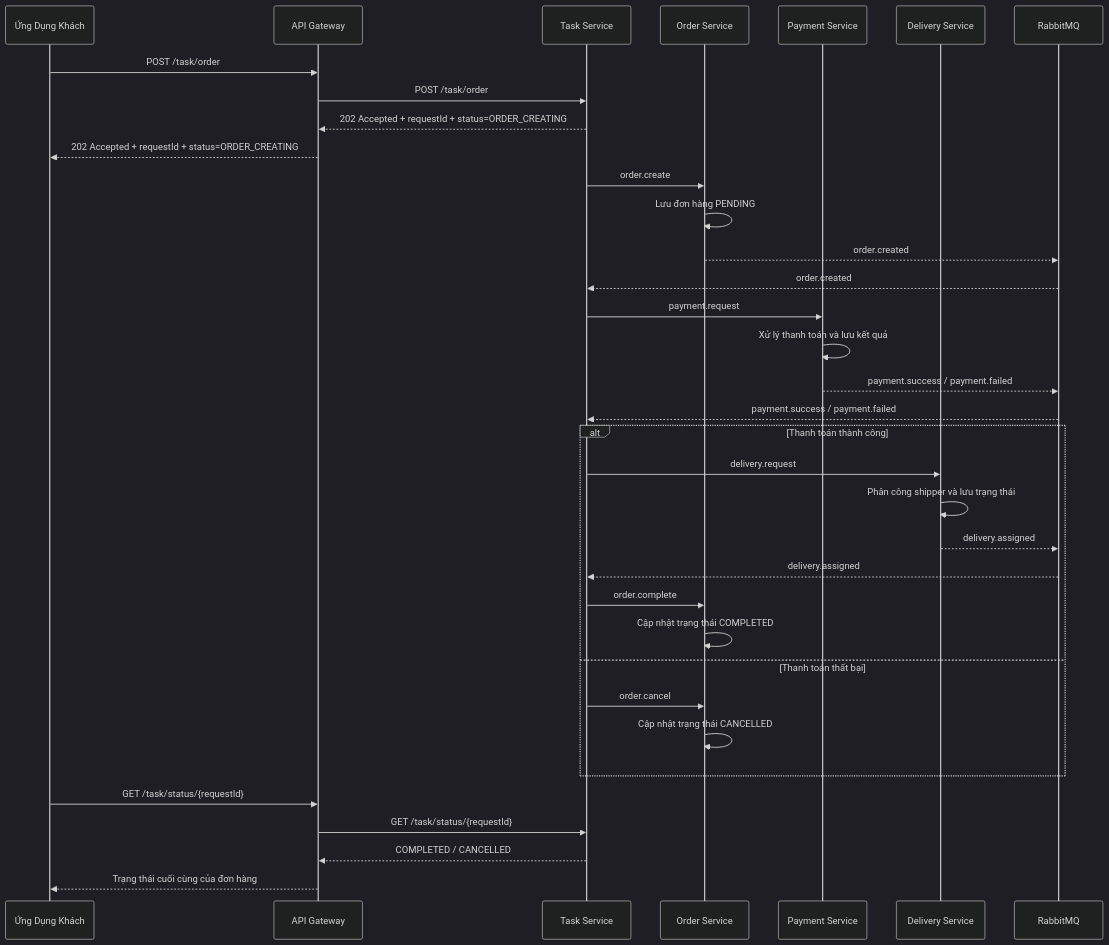
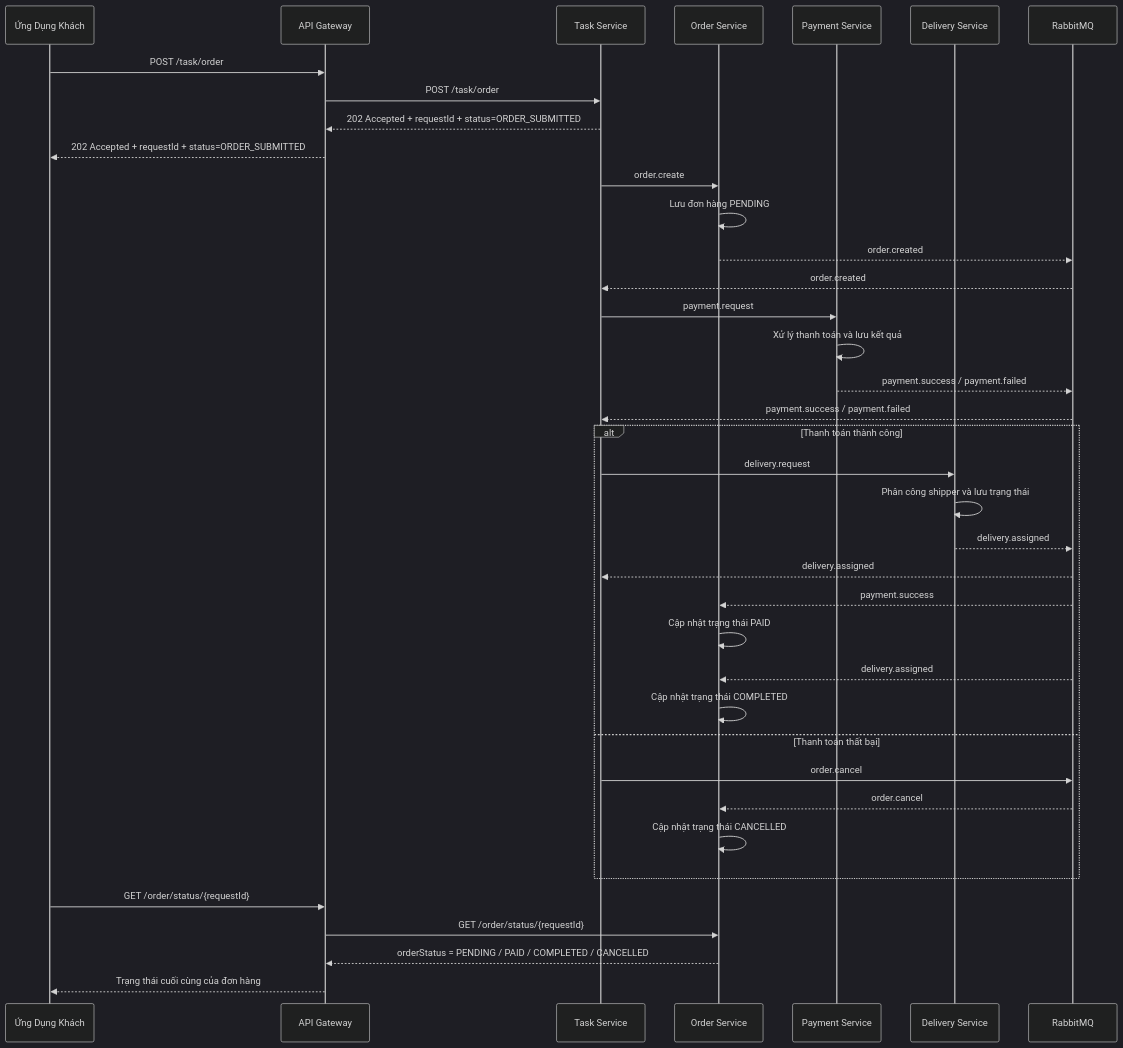
The second of 7 diagrams in analysis-and-design-new.md (Dung1409/SOA), drawn with Mermaid (dark theme) before and after one commit. The commit also changed other lines of this file and 1 other file, not shown here.

Commit message:
remove endpoint: /task/order/status + modify doc

````diff
--- a/analysis-and-design-new.md
+++ b/analysis-and-design-new.md
@@ -165,42 +173,45 @@
 ```mermaid
 sequenceDiagram
   participant Khách as Ứng Dụng Khách
   participant Gateway as API Gateway
   participant Task as Task Service
   participant Order as Order Service
   participant Payment as Payment Service
   participant Delivery as Delivery Service
   participant RabbitMQ as RabbitMQ
 
   Khách->>Gateway: POST /task/order
   Gateway->>Task: POST /task/order
-  Task-->>Gateway: 202 Accepted + requestId + status=ORDER_CREATING
-  Gateway-->>Khách: 202 Accepted + requestId + status=ORDER_CREATING
+  Task-->>Gateway: 202 Accepted + requestId + status=ORDER_SUBMITTED
+  Gateway-->>Khách: 202 Accepted + requestId + status=ORDER_SUBMITTED
 
   Task->>Order: order.create
   Order->>Order: Lưu đơn hàng PENDING
   Order-->>RabbitMQ: order.created
   RabbitMQ-->>Task: order.created
 
   Task->>Payment: payment.request
   Payment->>Payment: Xử lý thanh toán và lưu kết quả
   Payment-->>RabbitMQ: payment.success / payment.failed
   RabbitMQ-->>Task: payment.success / payment.failed
 
   alt Thanh toán thành công
     Task->>Delivery: delivery.request
     Delivery->>Delivery: Phân công shipper và lưu trạng thái
     Delivery-->>RabbitMQ: delivery.assigned
     RabbitMQ-->>Task: delivery.assigned
-    Task->>Order: order.complete
+    RabbitMQ-->>Order: payment.success
+    Order->>Order: Cập nhật trạng thái PAID
+    RabbitMQ-->>Order: delivery.assigned
     Order->>Order: Cập nhật trạng thái COMPLETED
   else Thanh toán thất bại
-    Task->>Order: order.cancel
+    Task->>RabbitMQ: order.cancel
+    RabbitMQ-->>Order: order.cancel
     Order->>Order: Cập nhật trạng thái CANCELLED
   end
 
-  Khách->>Gateway: GET /task/status/{requestId}
-  Gateway->>Task: GET /task/status/{requestId}
-  Task-->>Gateway: COMPLETED / CANCELLED
+  Khách->>Gateway: GET /order/status/{requestId}
+  Gateway->>Order: GET /order/status/{requestId}
+  Order-->>Gateway: orderStatus = PENDING / PAID / COMPLETED / CANCELLED
   Gateway-->>Khách: Trạng thái cuối cùng của đơn hàng
 ```
````
